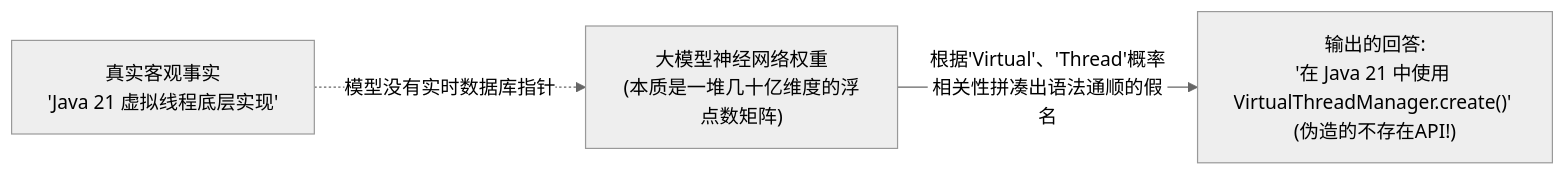
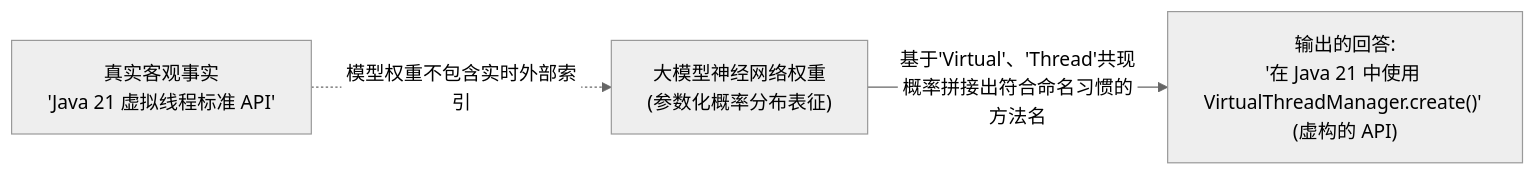
The third of 3 diagrams in 10-AI应用开发/01-LLM基础与Prompt/01-LLM工作原理.md (GuoWWWX/knowledge-base), drawn with Mermaid (neutral theme) before and after one commit. The commit also changed other lines of this file and 251 other files, not shown here.

````diff
--- a/10-AI应用开发/01-LLM基础与Prompt/01-LLM工作原理.md
+++ b/10-AI应用开发/01-LLM基础与Prompt/01-LLM工作原理.md
@@ -84,9 +80,9 @@
 ```mermaid
 flowchart LR
-    Fact["真实客观事实\n'Java 21 虚拟线程底层实现'"]
-    ModelBrain["大模型神经网络权重\n(本质是一堆几十亿维度的浮点数矩阵)"]
-    TextOut["输出的回答:\n'在 Java 21 中使用 VirtualThreadManager.create()' (伪造的不存在API!)"]
+    Fact["真实客观事实\n'Java 21 虚拟线程标准 API'"]
+    ModelBrain["大模型神经网络权重\n(参数化概率分布表征)"]
+    TextOut["输出的回答:\n'在 Java 21 中使用 VirtualThreadManager.create()' (虚构的 API)"]
 
-    Fact -.->|"模型没有实时数据库指针"| ModelBrain
-    ModelBrain -->|"根据'Virtual'、'Thread'概率相关性拼凑出语法通顺的假名"| TextOut
+    Fact -.->|"模型权重不包含实时外部索引"| ModelBrain
+    ModelBrain -->|"基于'Virtual'、'Thread'共现概率拼接出符合命名习惯的方法名"| TextOut
 ```
````
